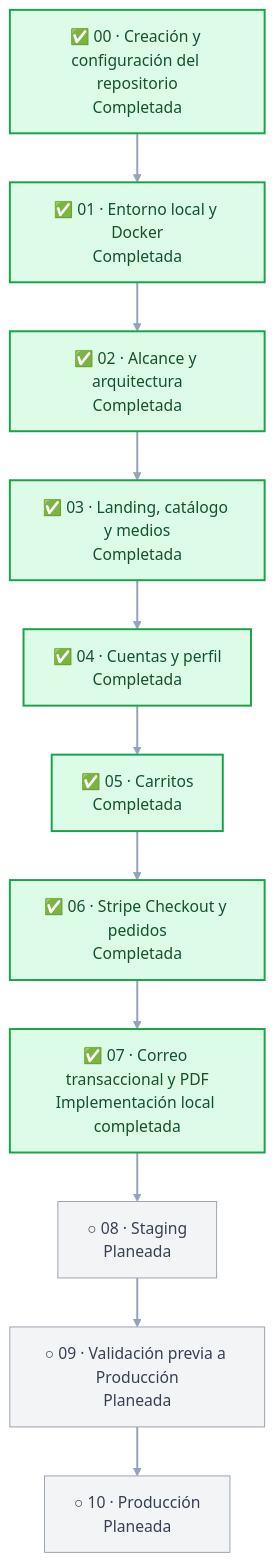
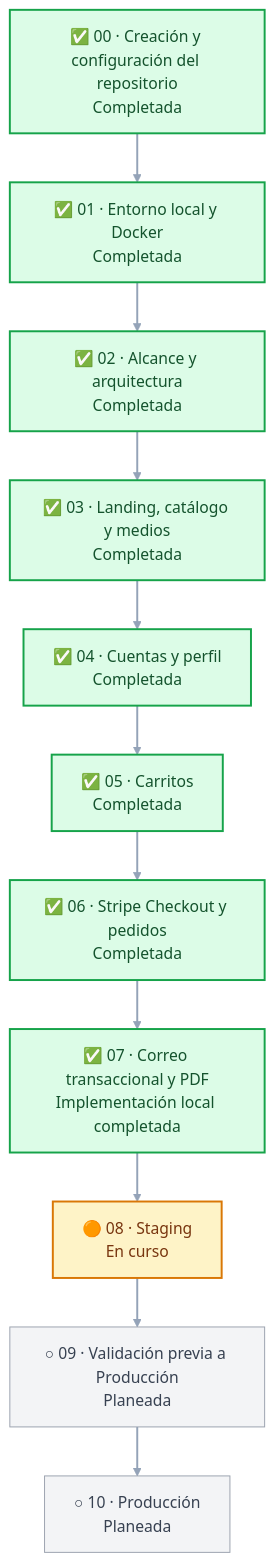
Before and after one commit to sadamlg/sr_del_mictlan: the diagram in docs/ROADMAP.md, drawn with Mermaid (neutral theme). The commit also changed other lines of this file and 1 other file, not shown here.

Commit message:
docs: document Railway staging setup

````diff
--- a/docs/ROADMAP.md
+++ b/docs/ROADMAP.md
@@ -23,23 +23,24 @@
 ```mermaid
 flowchart TB
     p00["✅ 00 · Creación y configuración del repositorio<br/>Completada"] --> p01
     p01["✅ 01 · Entorno local y Docker<br/>Completada"] --> p02["✅ 02 · Alcance y arquitectura<br/>Completada"]
     p02 --> p03["✅ 03 · Landing, catálogo y medios<br/>Completada"]
     p03 --> p04["✅ 04 · Cuentas y perfil<br/>Completada"]
     p04 --> p05["✅ 05 · Carritos<br/>Completada"]
     p05 --> p06["✅ 06 · Stripe Checkout y pedidos<br/>Completada"]
     p06 --> p07["✅ 07 · Correo transaccional y PDF<br/>Implementación local completada"]
-    p07 --> p08["○ 08 · Staging<br/>Planeada"]
+    p07 --> p08["🟠 08 · Staging<br/>En curso"]
     p08 --> p09["○ 09 · Validación previa a Producción<br/>Planeada"]
     p09 --> p10["○ 10 · Producción<br/>Planeada"]
 
     classDef completed fill:#dcfce7,stroke:#16a34a,color:#14532d,stroke-width:2px;
     classDef active fill:#fef3c7,stroke:#d97706,color:#78350f,stroke-width:2px;
     classDef restart fill:#ede9fe,stroke:#7c3aed,color:#4c1d95,stroke-width:2px;
     classDef planned fill:#f3f4f6,stroke:#9ca3af,color:#374151;
 
     class p00,p01,p02,p03,p04,p05,p06,p07 completed;
-    class p08,p09,p10 planned;
+    class p08 active;
+    class p09,p10 planned;
 
     linkStyle default stroke:#94a3b8,stroke-width:2px;
 ```
````
